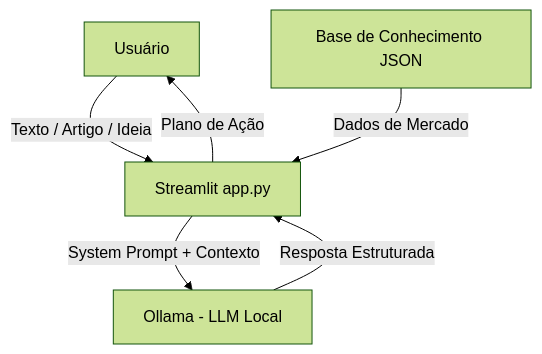
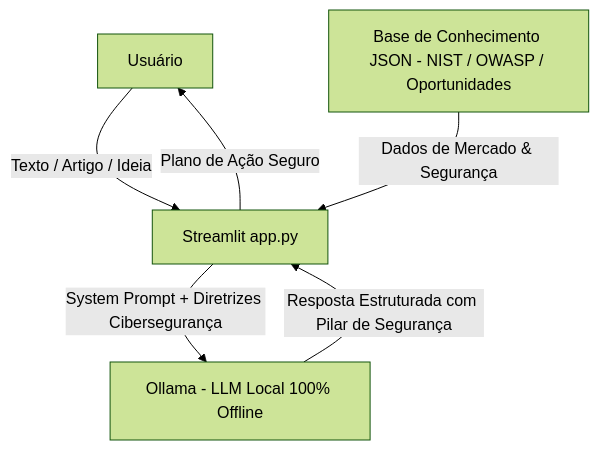
One commit to NizaoSilva/dio-lab-bia-do-futuro changed the diagram in README.md. Above: the diagram before and after it, drawn with Mermaid (forest theme). The commit also changed other lines of this file and 7 other files, not shown here.

````diff
--- a/README.md
+++ b/README.md
@@ -20,8 +21,8 @@
 ```mermaid
 flowchart TD
     A[Usuário] -->|Texto / Artigo / Ideia| B[Streamlit app.py]
-    B -->|System Prompt + Contexto| C[Ollama - LLM Local]
-    D[Base de Conhecimento JSON] -->|Dados de Mercado| B
-    C -->|Resposta Estruturada| B
-    B -->|Plano de Ação| A
+    B -->|System Prompt + Diretrizes Cibersegurança| C[Ollama - LLM Local 100% Offline]
+    D[Base de Conhecimento JSON - NIST / OWASP / Oportunidades] -->|Dados de Mercado & Segurança| B
+    C -->|Resposta Estruturada com Pilar de Segurança| B
+    B -->|Plano de Ação Seguro| A
 ```
````
